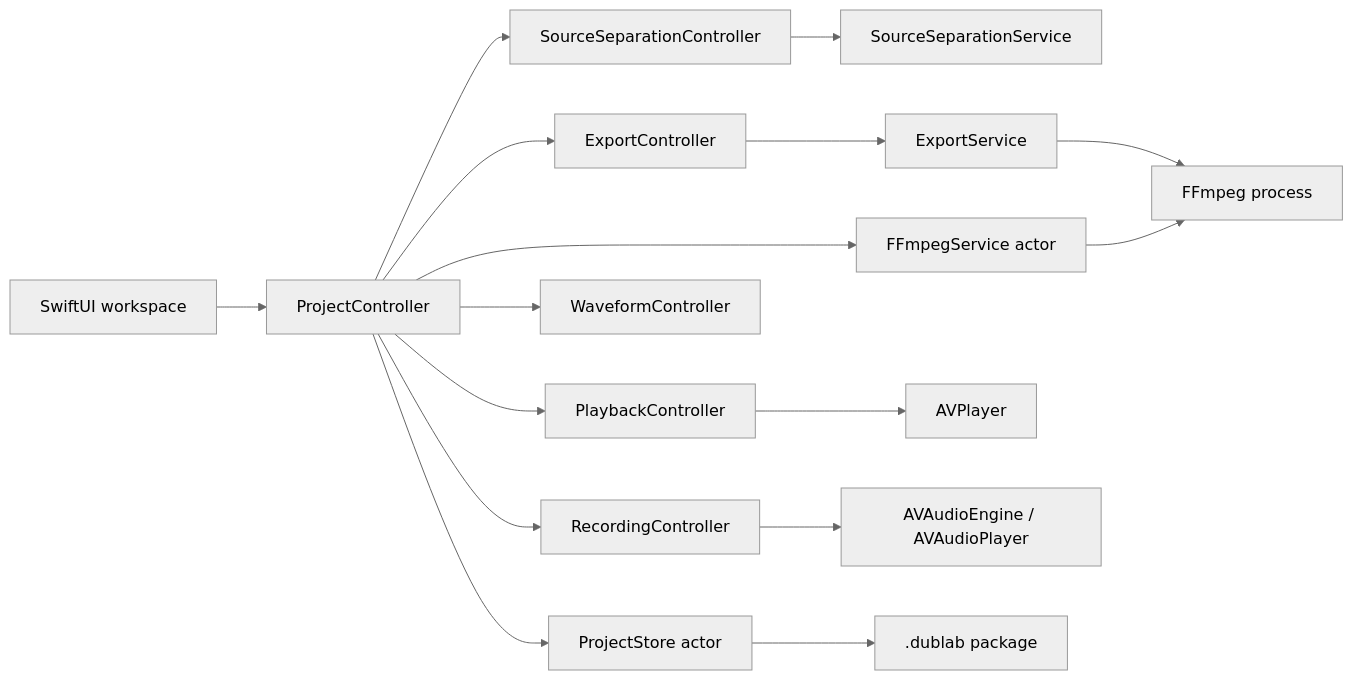
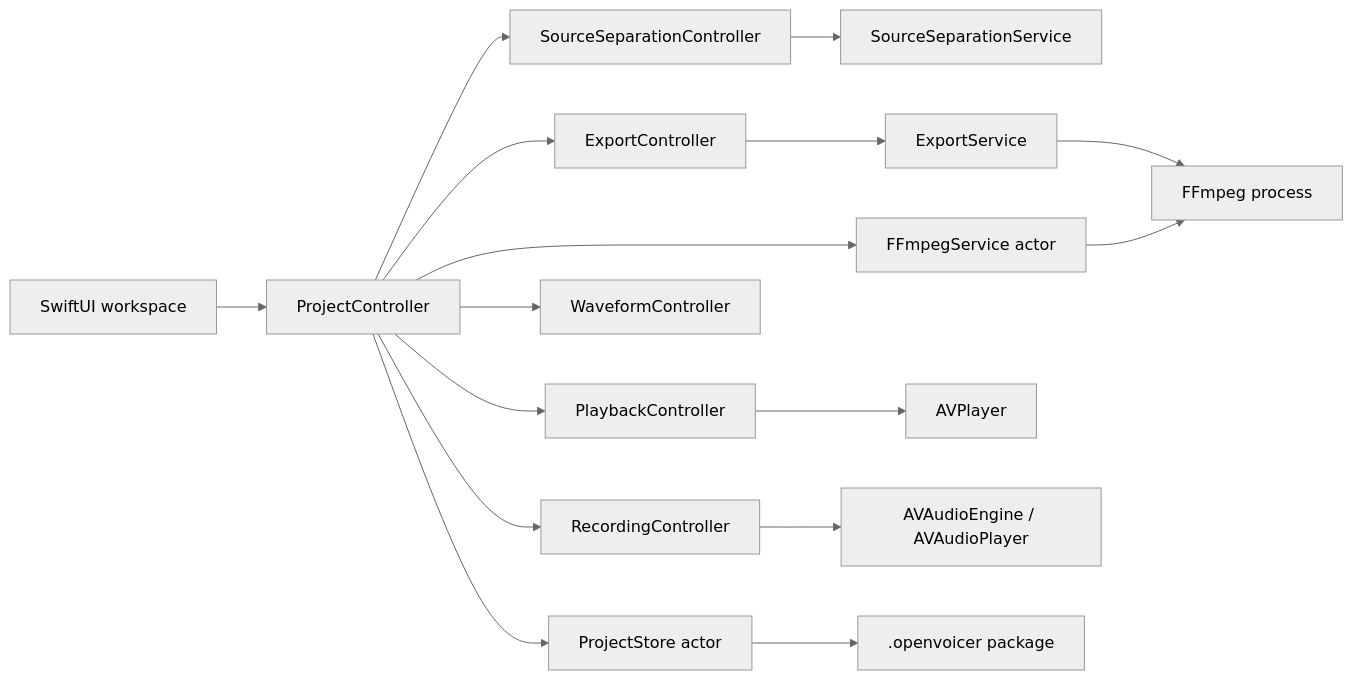
One commit to maks1302/openvoicer changed the first of 2 diagrams in docs/ARCHITECTURE.md. Above: the diagram before and after it, drawn with Mermaid (neutral theme). The commit also changed other lines of this file and 30 other files, not shown here.

````diff
--- a/docs/ARCHITECTURE.md
+++ b/docs/ARCHITECTURE.md
@@ -19,18 +19,18 @@
 ```mermaid
 flowchart LR
     UI[SwiftUI workspace] --> PC[ProjectController]
     PC --> PS[ProjectStore actor]
     PC --> PB[PlaybackController]
     PC --> RC[RecordingController]
     PC --> WC[WaveformController]
     PC --> SC[SourceSeparationController]
     PC --> EC[ExportController]
     SC --> SS[SourceSeparationService]
     EC --> ES[ExportService]
     PC --> FF[FFmpegService actor]
     ES --> FFmpeg[FFmpeg process]
     FF --> FFmpeg
     PB --> AVP[AVPlayer]
     RC --> AVA[AVAudioEngine / AVAudioPlayer]
-    PS --> Package[.dublab package]
+    PS --> Package[.openvoicer package]
 ```
````
